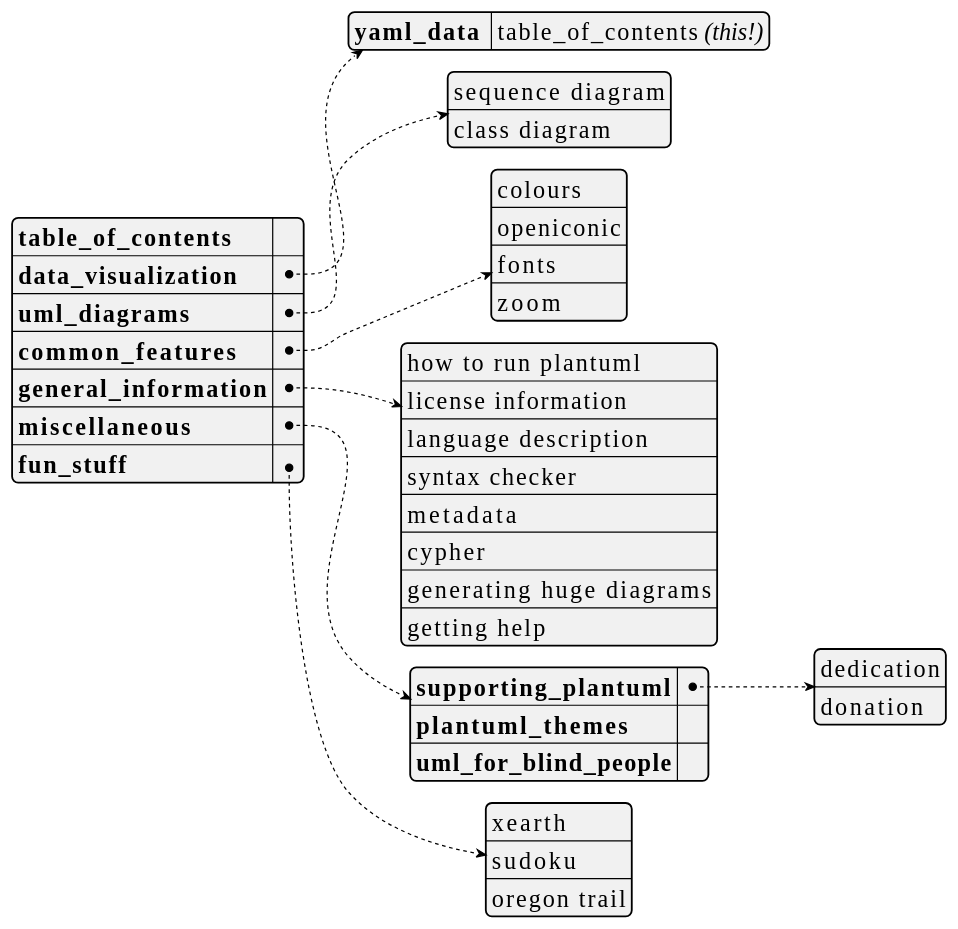
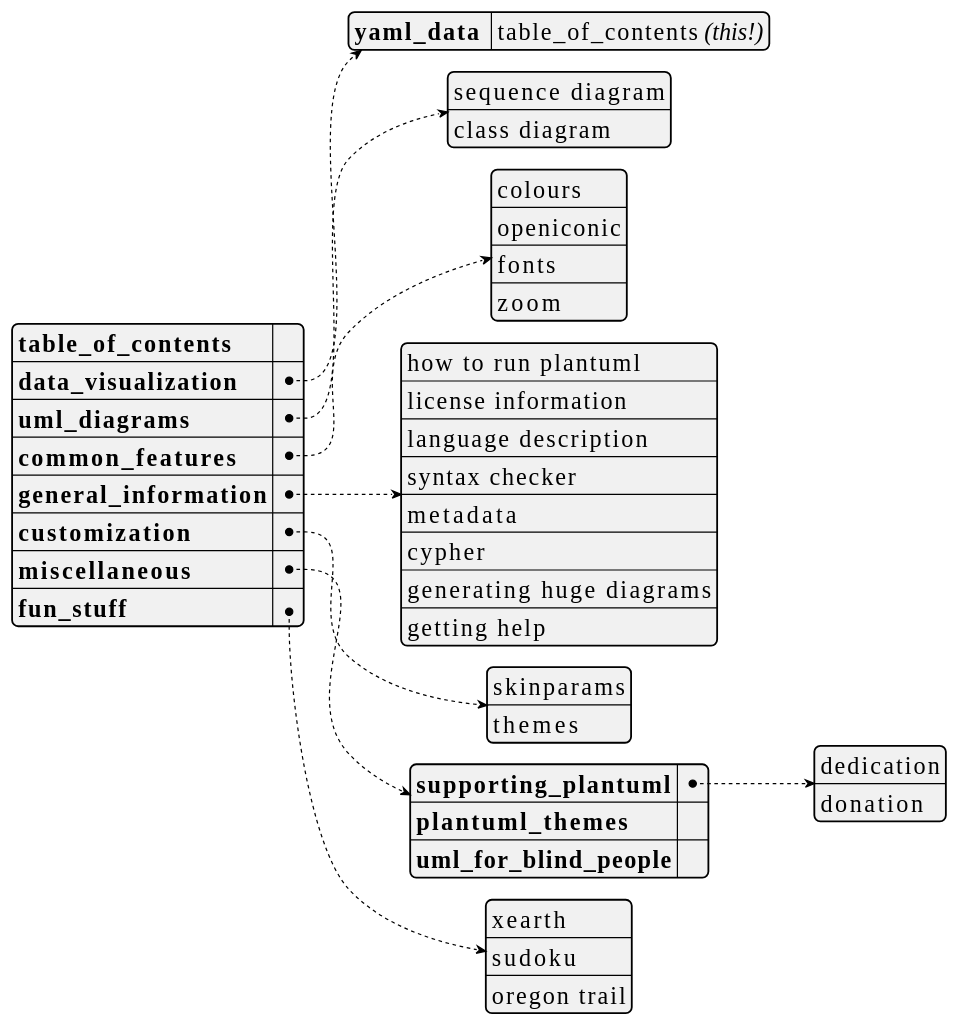
The first of 23 diagrams in plantuml_demo.md (dragondive/heavens-arena), drawn with PlantUML before and after one commit. The commit also changed other lines of this file, not shown here.

Commit message:
added customization: skinparam

````diff
--- a/plantuml_demo.md
+++ b/plantuml_demo.md
@@ -26,53 +26,56 @@
 ```plantuml
 @startyaml
 <style>
 yamlDiagram {
     node {
         ' use a constant width font because that's what developers do.
         FontName Consolas
         FontSize 20
     }
 }
 </style>
 
 /'TODO:
 It would be cool to hyperlink the entries in the table_of_contents to the
 respective section in the document. Not only would it further accentuate the
 [Medium Awareness](https://tvtropes.org/pmwiki/pmwiki.php/Main/MediumAwareness)
 of this yaml document, but also augment the
 [Anachronic Order](https://tvtropes.org/pmwiki/pmwiki.php/Main/AnachronicOrder)
 of the outer markdown document.
 '/
 
 **table_of_contents**: ""  /' workaround: empty string here to avoid dummy link '/
 data_visualization:
     yaml_data : table_of_contents //(this!)//
 uml_diagrams:
     - sequence diagram
     - class diagram
 common_features:
     - colours
     - openiconic
     - fonts
     - zoom
 general_information:
     - how to run plantuml
     - license information
     - language description
     - syntax checker
     - metadata
     - cypher
     - generating huge diagrams
     - getting help
+customization:
+    - skinparams
+    - themes
 miscellaneous:
     supporting_plantuml:
         - dedication
         - donation
     plantuml_themes: ""
     uml_for_blind_people: ""
 fun_stuff:
     - xearth
     - sudoku
     - oregon trail
 @endyaml
 ```
````
